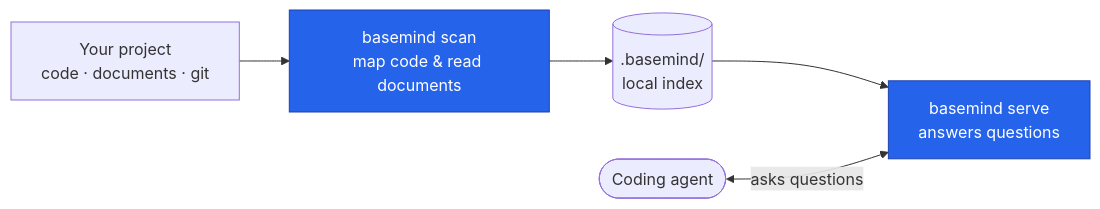
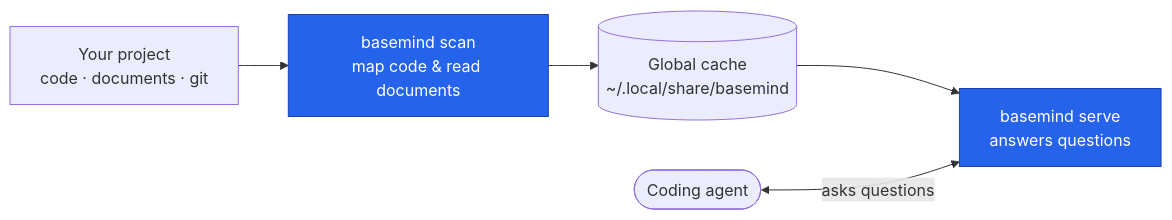
One commit to Goldziher/basemind changed the first of 2 diagrams in README.md. Above: the diagram before and after it, drawn with Mermaid. The commit also changed other lines of this file and 1 other file, not shown here.

First line of the commit message:
docs: document v0.22.0 daemon, global cache, and thread comms

````diff
--- a/README.md
+++ b/README.md
@@ -367,12 +371,12 @@
 ```mermaid
 flowchart LR
   A(["Coding agent"])
   R["Your project<br/>code · documents · git"]
   S["basemind scan<br/>map code & read documents"]
-  D[(".basemind/<br/>local index")]
+  D[("Global cache<br/>~/.local/share/basemind")]
   V["basemind serve<br/>answers questions"]
   R --> S --> D --> V
   A <-->|asks questions| V
   classDef accent fill:#2563eb,stroke:#1e40af,color:#fff
   class S,V accent
 ```
````
